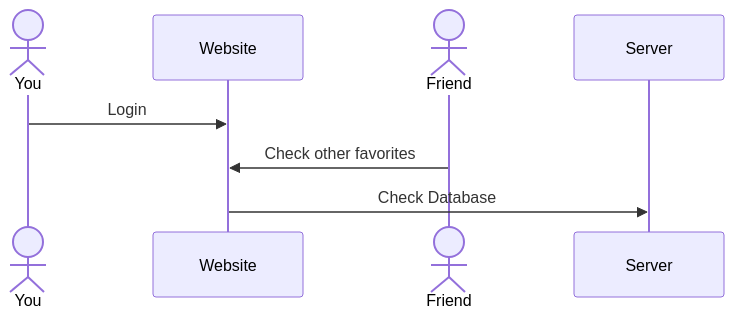
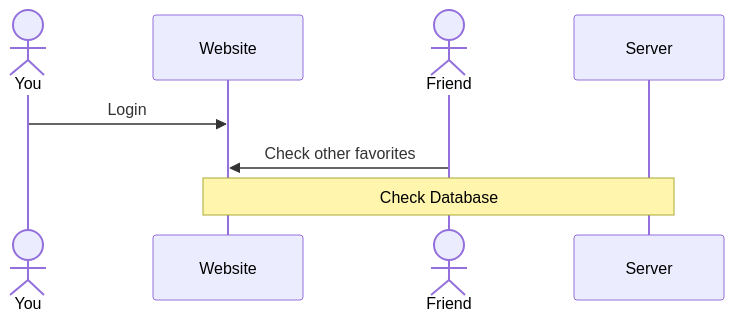
The diagram in README.md (anthonyphasay/startup), drawn with Mermaid before and after one commit.

Commit message:
fixed design again, added a note instead of a line

````diff
--- a/README.md
+++ b/README.md
@@ -26,11 +26,11 @@
 ```mermaid
 sequenceDiagram
     actor You
     participant Website
     actor Friend
     participant Server
     You->>Website: Login
     Friend->>Website: Check other favorites
-    Website->>Server: Check Database
+    Note over Website, Server: Check Database
     
 ```
````
